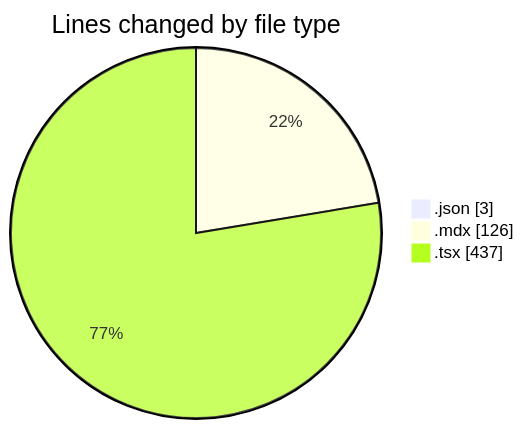
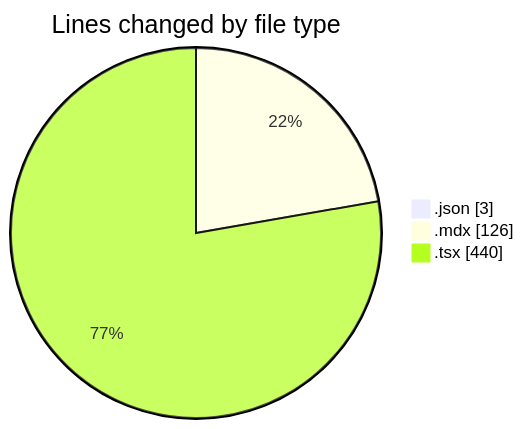
Before and after one commit to Elitesun/code-tracking: the first of 2 diagrams in 2025-05-27/elitesun/README.md, drawn with Mermaid. The commit also changed other lines of this file and 1 other file, not shown here.

````diff
--- a/2025-05-27/elitesun/README.md
+++ b/2025-05-27/elitesun/README.md
@@ -28,7 +28,7 @@
 ```mermaid
 pie showData
 title Lines changed by file type
 ".json" : 3
 ".mdx" : 126
-".tsx" : 437
+".tsx" : 440
 ```
````
